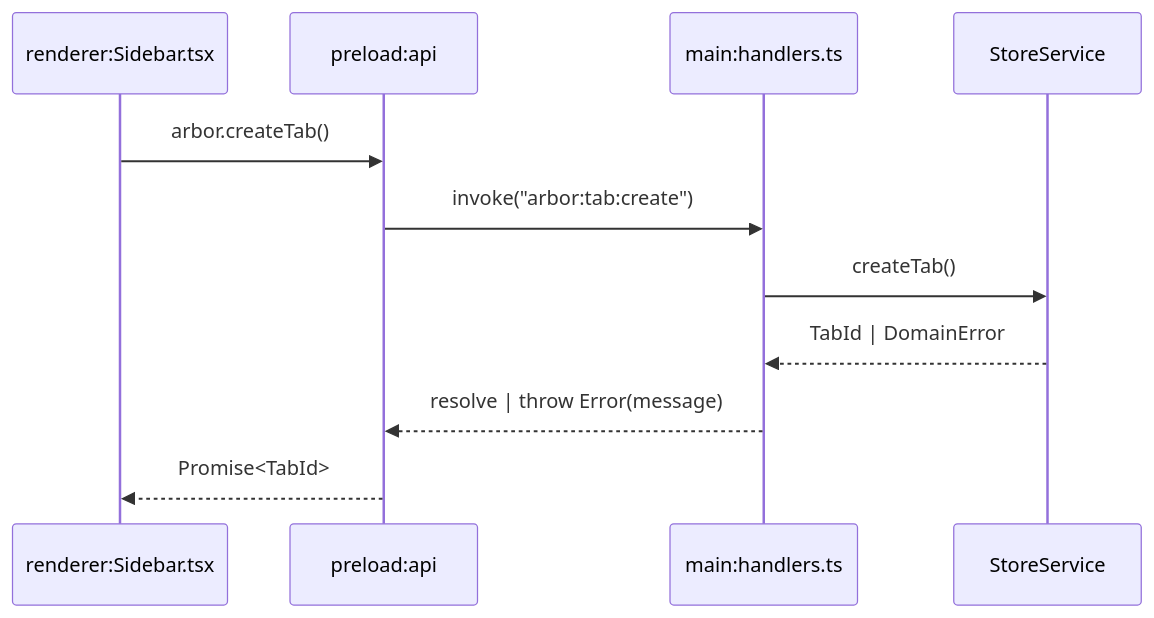
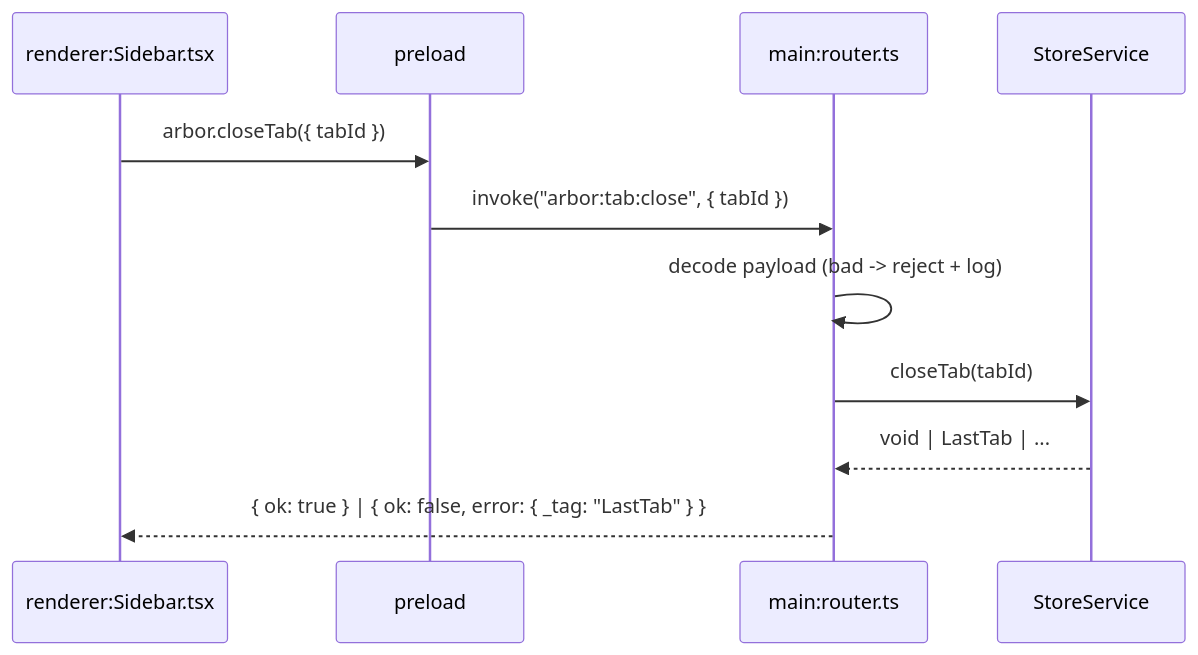
Before and after one commit to rom100main/arbor: the first of 3 diagrams in docs/architecture/02-ipc.md, drawn with Mermaid. The commit also changed other lines of this file and 3 other files, not shown here.

````diff
--- a/docs/architecture/02-ipc.md
+++ b/docs/architecture/02-ipc.md
@@ -18,13 +35,13 @@
 ```mermaid
 sequenceDiagram
     participant R as renderer:Sidebar.tsx
-    participant P as preload:api
-    participant M as main:handlers.ts
+    participant P as preload
+    participant M as main:router.ts
     participant S as StoreService
-    R->>P: arbor.createTab()
-    P->>M: invoke("arbor:tab:create")
-    M->>S: createTab()
-    S-->>M: TabId | DomainError
-    M-->>P: resolve | throw Error(message)
-    P-->>R: Promise<TabId>
+    R->>P: arbor.closeTab({ tabId })
+    P->>M: invoke("arbor:tab:close", { tabId })
+    M->>M: decode payload (bad -> reject + log)
+    M->>S: closeTab(tabId)
+    S-->>M: void | LastTab | ...
+    M-->>R: { ok: true } | { ok: false, error: { _tag: "LastTab" } }
 ```
````
